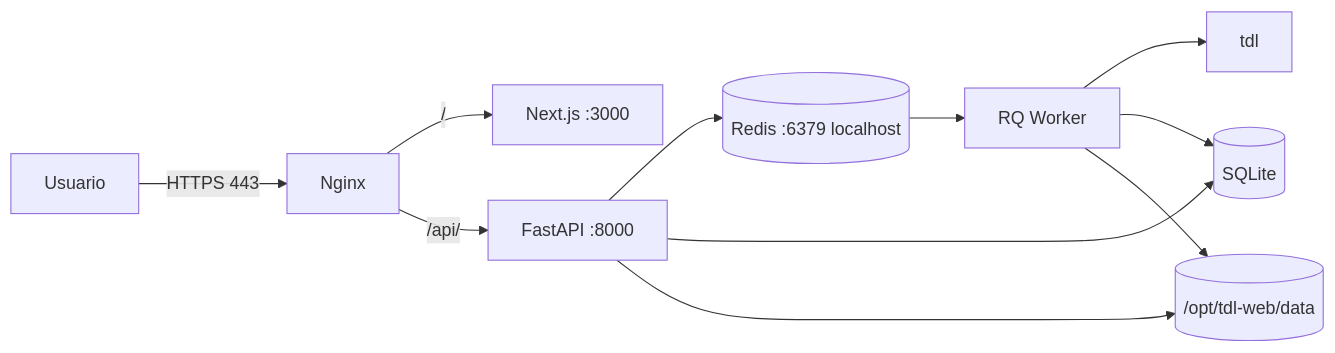
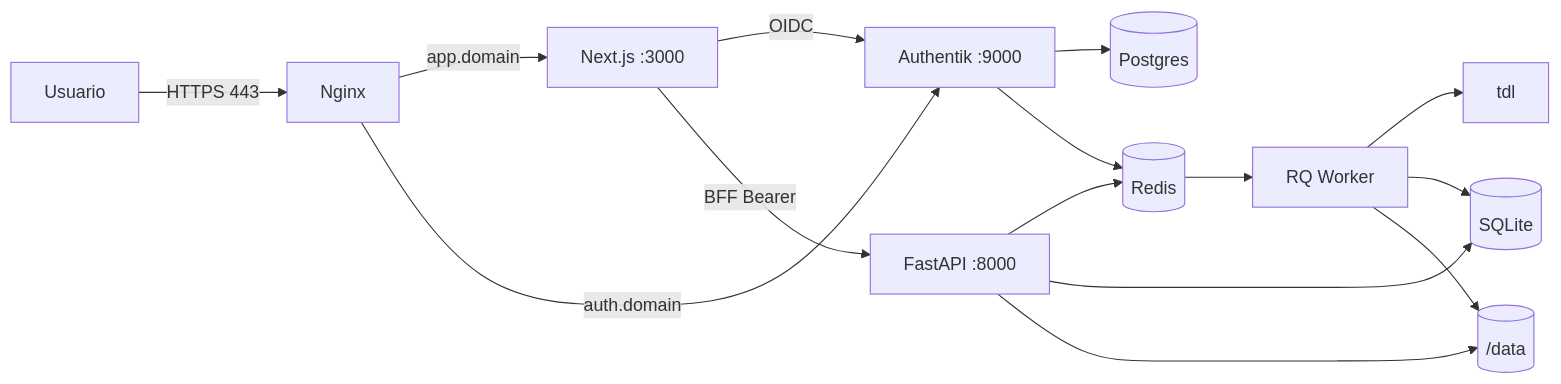
Before and after one commit to overhang1275/tdl-web-next: the third of 3 diagrams in docs/architecture/target-state.md, drawn with Mermaid. The commit also changed other lines of this file and 4 other files, not shown here.

Commit message:
docs: pivot a Authentik OIDC y Docker

````diff
--- a/docs/architecture/target-state.md
+++ b/docs/architecture/target-state.md
@@ -207,13 +220,17 @@
 ```mermaid
 flowchart LR
   Internet[Usuario] -->|HTTPS 443| Nginx
-  Nginx -->|/| Next[Next.js :3000]
-  Nginx -->|/api/| API[FastAPI :8000]
-  API --> Redis[(Redis :6379 localhost)]
+  Nginx -->|app.domain| Web[Next.js :3000]
+  Nginx -->|auth.domain| Auth[Authentik :9000]
+  Auth --> Pg[(Postgres)]
+  Auth --> Redis[(Redis)]
+  Web -->|OIDC| Auth
+  Web -->|BFF Bearer| API[FastAPI :8000]
+  API --> Redis
   Redis --> Worker[RQ Worker]
   Worker --> TDL[tdl]
   API --> SQLite[(SQLite)]
   Worker --> SQLite
-  API --> Data[(/opt/tdl-web/data)]
+  API --> Data[(/data)]
   Worker --> Data
 ```
````
